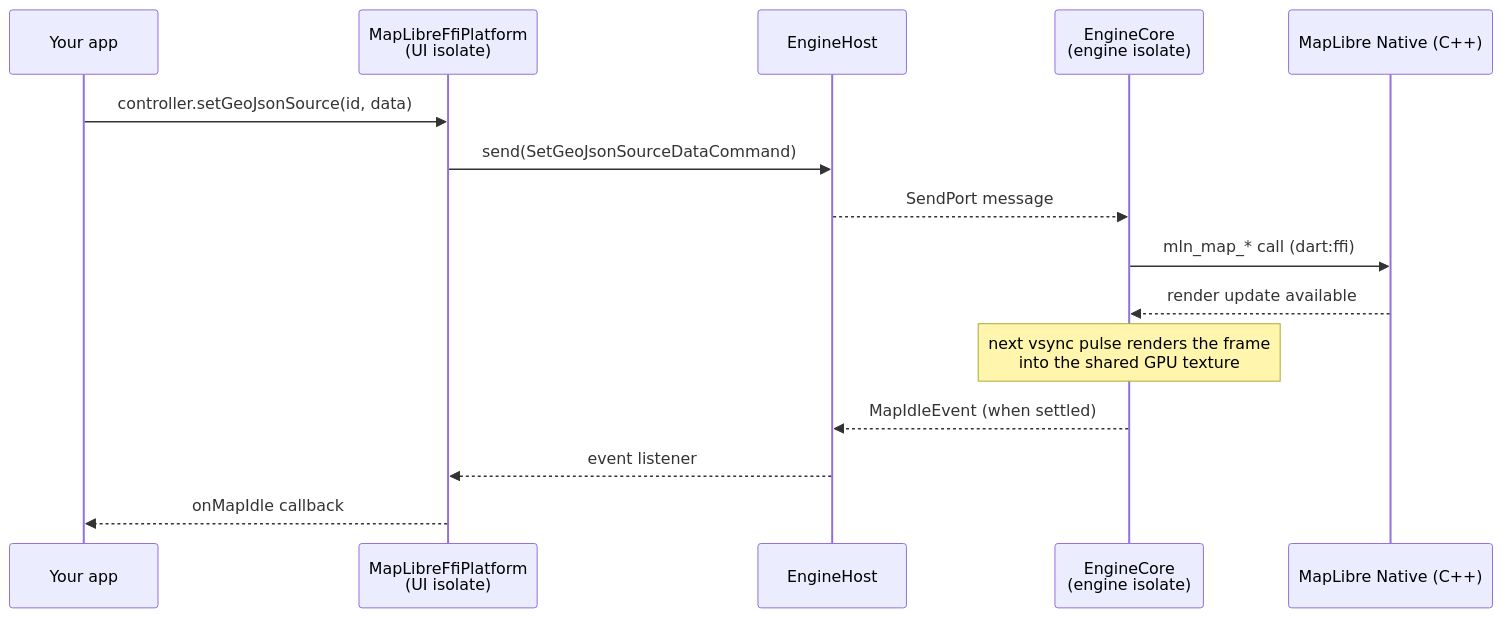
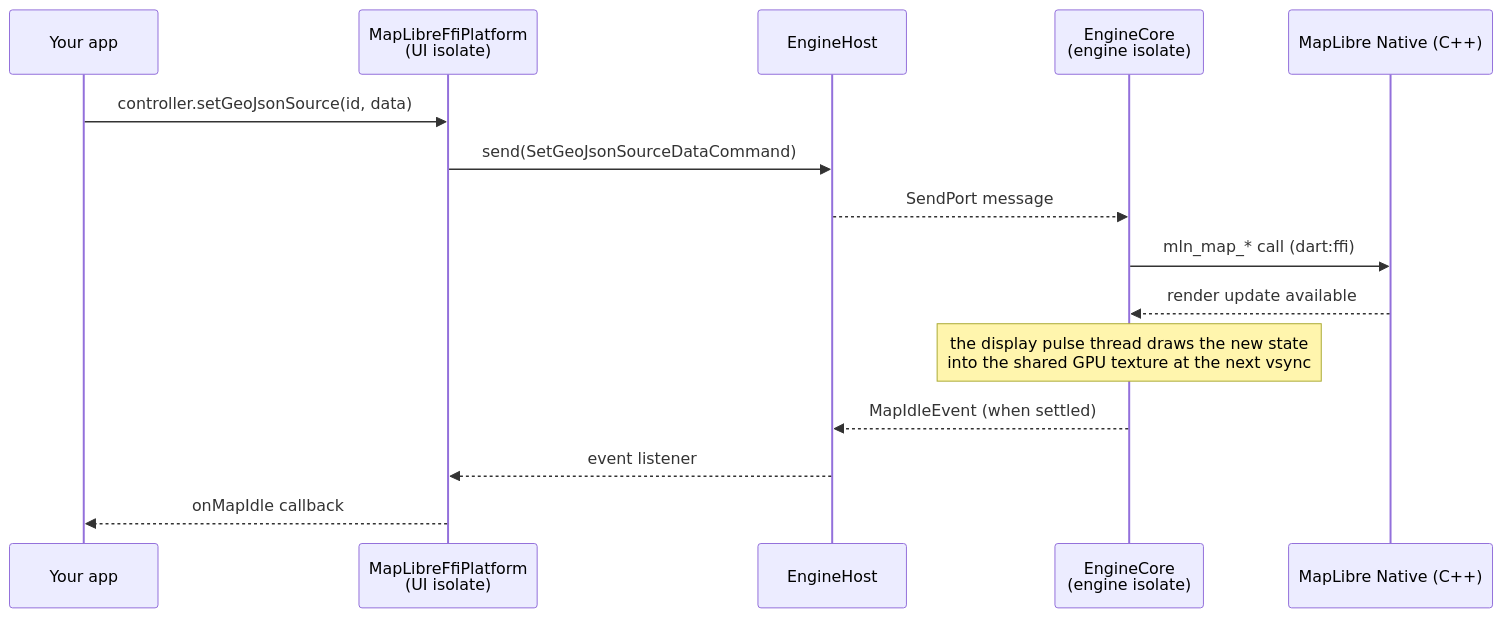
Before and after one commit to maplibre/flutter-maplibre-gl: the second of 3 diagrams in maplibre_gl_native/ARCHITECTURE.md, drawn with Mermaid. The commit also changed other lines of this file and 7 other files, not shown here.

````diff
--- a/maplibre_gl_native/ARCHITECTURE.md
+++ b/maplibre_gl_native/ARCHITECTURE.md
@@ -50,18 +53,18 @@
 ```mermaid
 sequenceDiagram
     participant App as Your app
     participant Plat as MapLibreFfiPlatform<br/>(UI isolate)
     participant Host as EngineHost
     participant Core as EngineCore<br/>(engine isolate)
     participant Native as MapLibre Native (C++)
 
     App->>Plat: controller.setGeoJsonSource(id, data)
     Plat->>Host: send(SetGeoJsonSourceDataCommand)
     Host-->>Core: SendPort message
     Core->>Native: mln_map_* call (dart:ffi)
     Native-->>Core: render update available
-    Note over Core: next vsync pulse renders the frame<br/>into the shared GPU texture
+    Note over Core: the display pulse thread draws the new state<br/>into the shared GPU texture at the next vsync
     Core-->>Host: MapIdleEvent (when settled)
     Host-->>Plat: event listener
     Plat-->>App: onMapIdle callback
 ```
````
